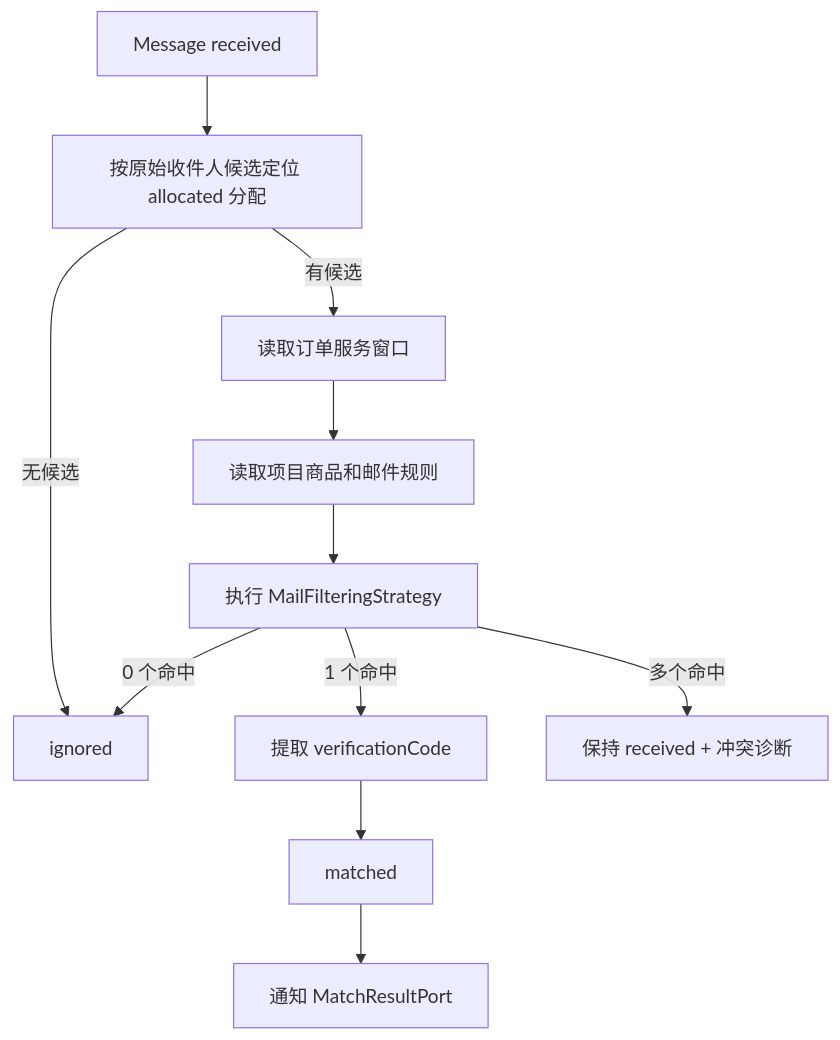
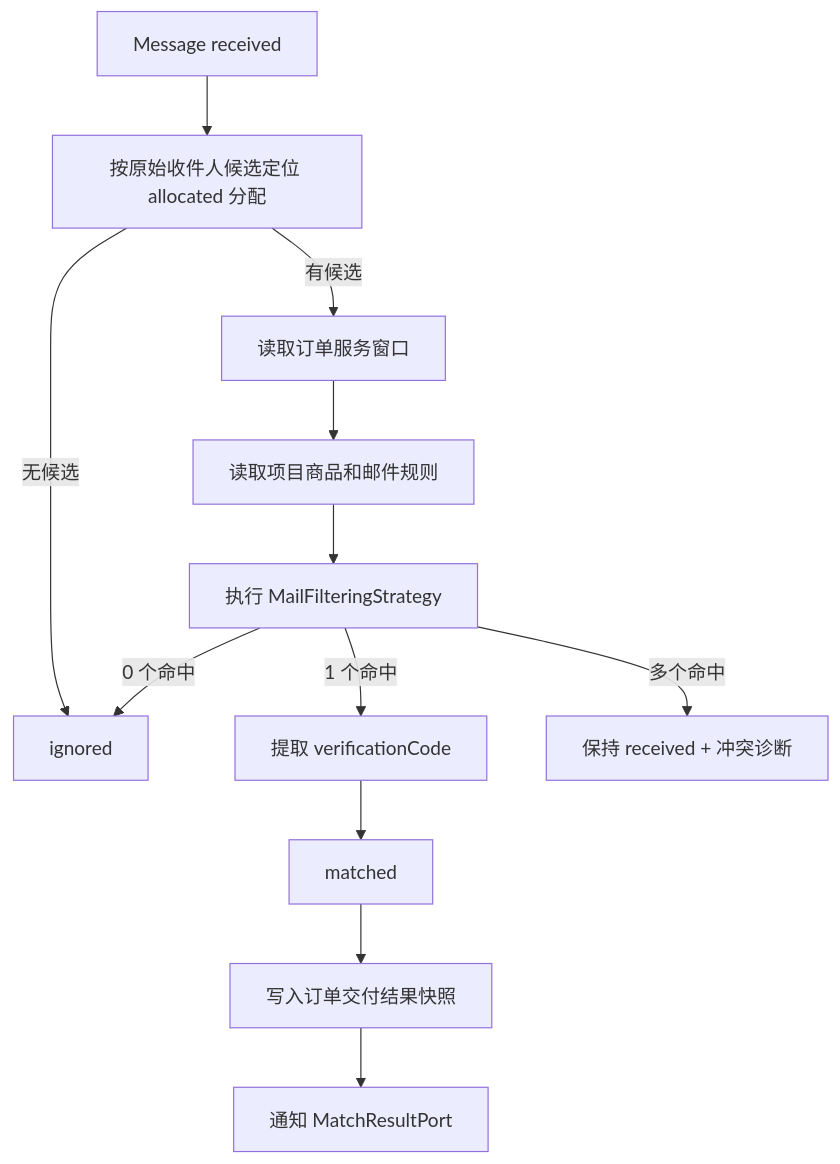
Before and after one commit to donnel666/remail: the second of 2 diagrams in docs/4-mailmatch-real-service.md, drawn with Mermaid. The commit also changed other lines of this file and 23 other files, not shown here.

````diff
--- a/docs/4-mailmatch-real-service.md
+++ b/docs/4-mailmatch-real-service.md
@@ -65,13 +89,14 @@
 ```mermaid
 flowchart TD
     M[Message received] --> R[按原始收件人候选定位 allocated 分配]
     R -->|无候选| I[ignored]
     R -->|有候选| O[读取订单服务窗口]
     O --> P[读取项目商品和邮件规则]
     P --> F[执行 MailFilteringStrategy]
     F -->|0 个命中| I
     F -->|1 个命中| C[提取 verificationCode]
     F -->|多个命中| K[保持 received + 冲突诊断]
     C --> S[matched]
-    S --> T[通知 MatchResultPort]
+    S --> Q[写入订单交付结果快照]
+    Q --> T[通知 MatchResultPort]
 ```
````
